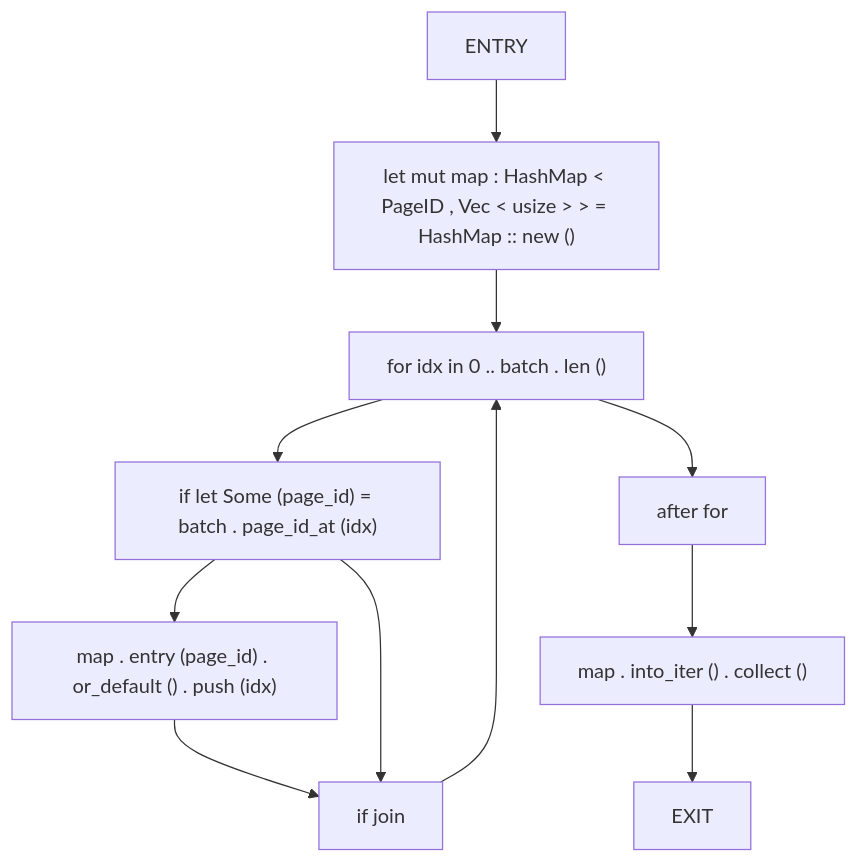
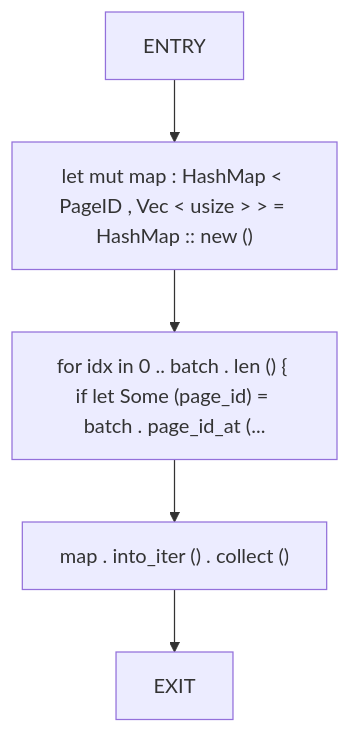
Before and after one commit to cicero-violate/MMSB: diagram 11 of 20 in docs/analysis/cfg/040-src-04_propagation.md, drawn with Mermaid. The commit also changed other lines of this file and 865 other files, not shown here.

````diff
--- a/docs/analysis/cfg/040-src-04_propagation.md
+++ b/docs/analysis/cfg/040-src-04_propagation.md
@@ -297,22 +265,12 @@
 ```mermaid
 flowchart TD
     partition_by_page_0["ENTRY"]
     partition_by_page_1["let mut map : HashMap < PageID , Vec < usize > > = HashMap :: new ()"]
-    partition_by_page_2["for idx in 0 .. batch . len ()"]
-    partition_by_page_3["if let Some (page_id) = batch . page_id_at (idx)"]
-    partition_by_page_4["map . entry (page_id) . or_default () . push (idx)"]
-    partition_by_page_5["if join"]
-    partition_by_page_6["after for"]
-    partition_by_page_7["map . into_iter () . collect ()"]
-    partition_by_page_8["EXIT"]
+    partition_by_page_2["for idx in 0 .. batch . len () { if let Some (page_id) = batch . page_id_at (..."]
+    partition_by_page_3["map . into_iter () . collect ()"]
+    partition_by_page_4["EXIT"]
     partition_by_page_0 --> partition_by_page_1
     partition_by_page_1 --> partition_by_page_2
     partition_by_page_2 --> partition_by_page_3
     partition_by_page_3 --> partition_by_page_4
-    partition_by_page_4 --> partition_by_page_5
-    partition_by_page_3 --> partition_by_page_5
-    partition_by_page_5 --> partition_by_page_2
-    partition_by_page_2 --> partition_by_page_6
-    partition_by_page_6 --> partition_by_page_7
-    partition_by_page_7 --> partition_by_page_8
 ```
````
